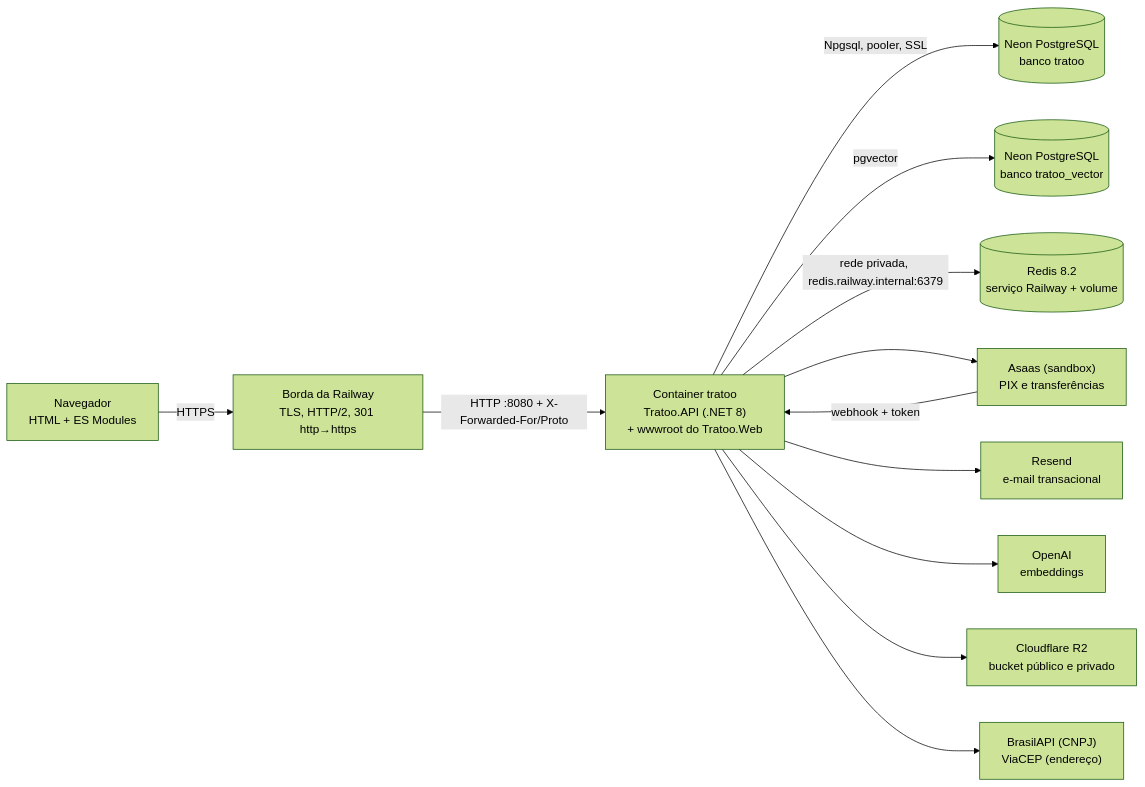
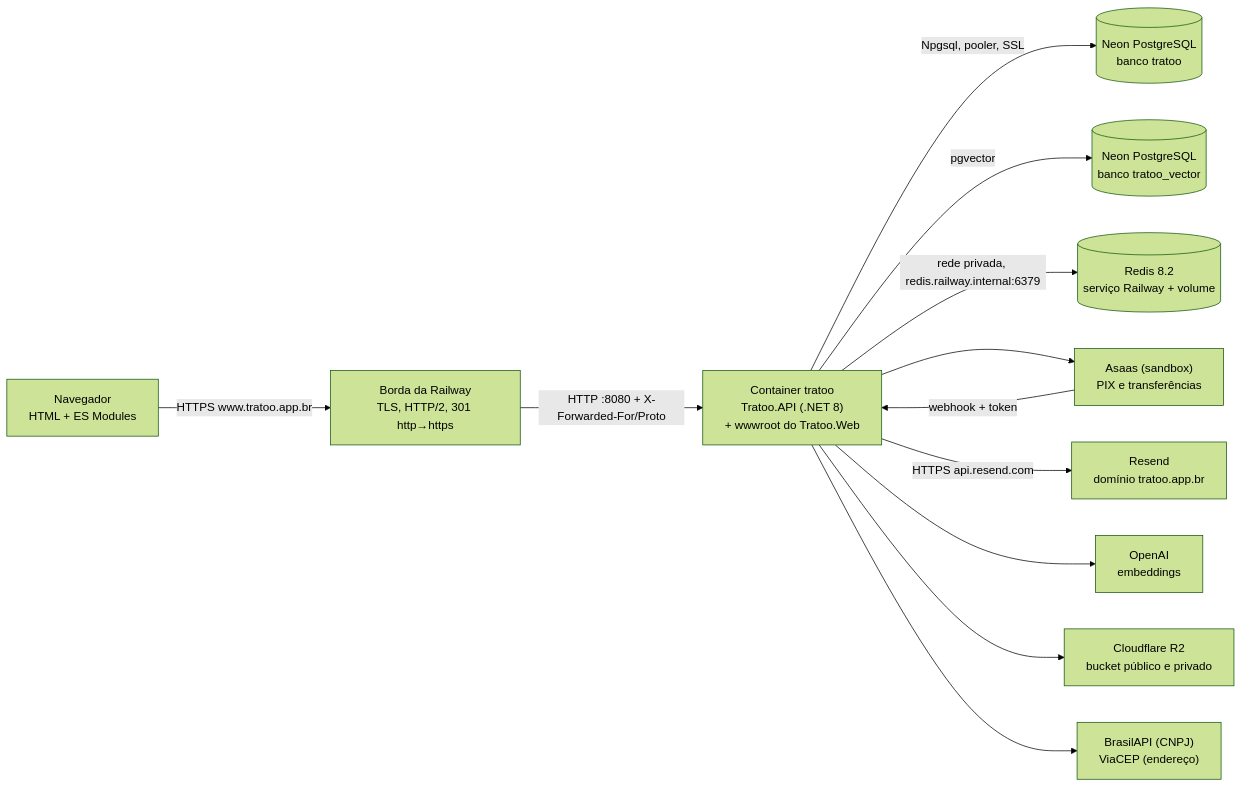
The first of 8 diagrams in Docs/ARQUITETURA.md (Gustavo-C-almeida/tratoo), drawn with Mermaid (forest theme) before and after one commit. The commit also changed other lines of this file and 2 other files, not shown here.

````diff
--- a/Docs/ARQUITETURA.md
+++ b/Docs/ARQUITETURA.md
@@ -100,14 +98,14 @@
 ```mermaid
 flowchart LR
-    U["Navegador<br/>HTML + ES Modules"] -->|"HTTPS"| E["Borda da Railway<br/>TLS, HTTP/2, 301 http→https"]
+    U["Navegador<br/>HTML + ES Modules"] -->|"HTTPS www.tratoo.app.br"| E["Borda da Railway<br/>TLS, HTTP/2, 301 http→https"]
     E -->|"HTTP :8080 + X-Forwarded-For/Proto"| A["Container tratoo<br/>Tratoo.API (.NET 8)<br/>+ wwwroot do Tratoo.Web"]
     A -->|"Npgsql, pooler, SSL"| N1[("Neon PostgreSQL<br/>banco tratoo")]
     A -->|"pgvector"| N2[("Neon PostgreSQL<br/>banco tratoo_vector")]
     A -->|"rede privada, redis.railway.internal:6379"| R[("Redis 8.2<br/>serviço Railway + volume")]
     A --> AS["Asaas (sandbox)<br/>PIX e transferências"]
     AS -->|"webhook + token"| A
-    A --> RS["Resend<br/>e-mail transacional"]
+    A -->|"HTTPS api.resend.com"| RS["Resend<br/>domínio tratoo.app.br"]
     A --> OA["OpenAI<br/>embeddings"]
     A --> R2["Cloudflare R2<br/>bucket público e privado"]
     A --> BR["BrasilAPI (CNPJ)<br/>ViaCEP (endereço)"]
 ```
````
